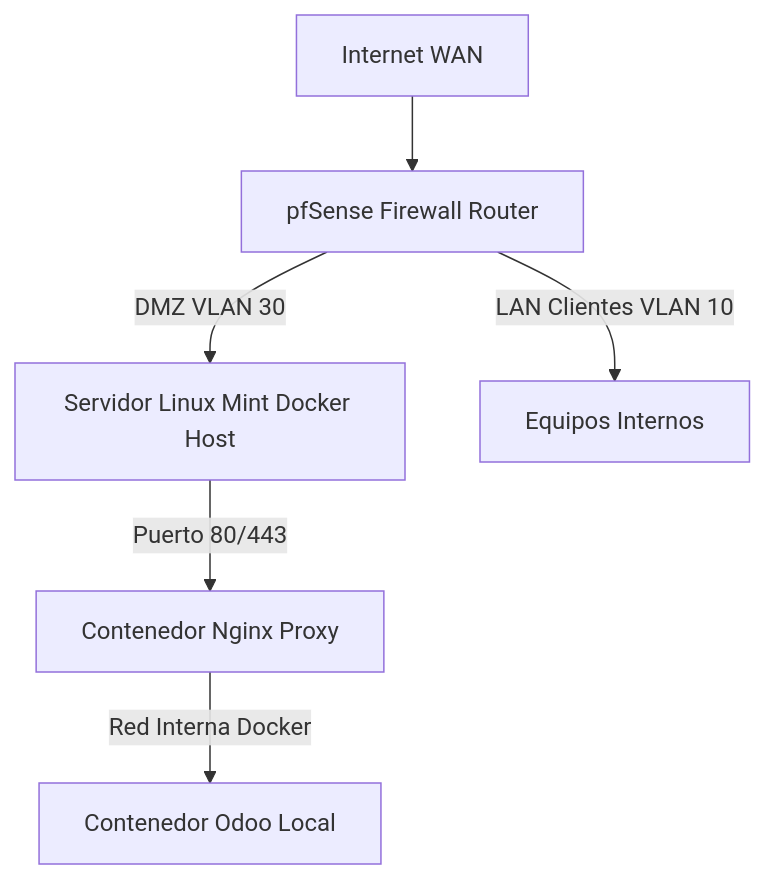
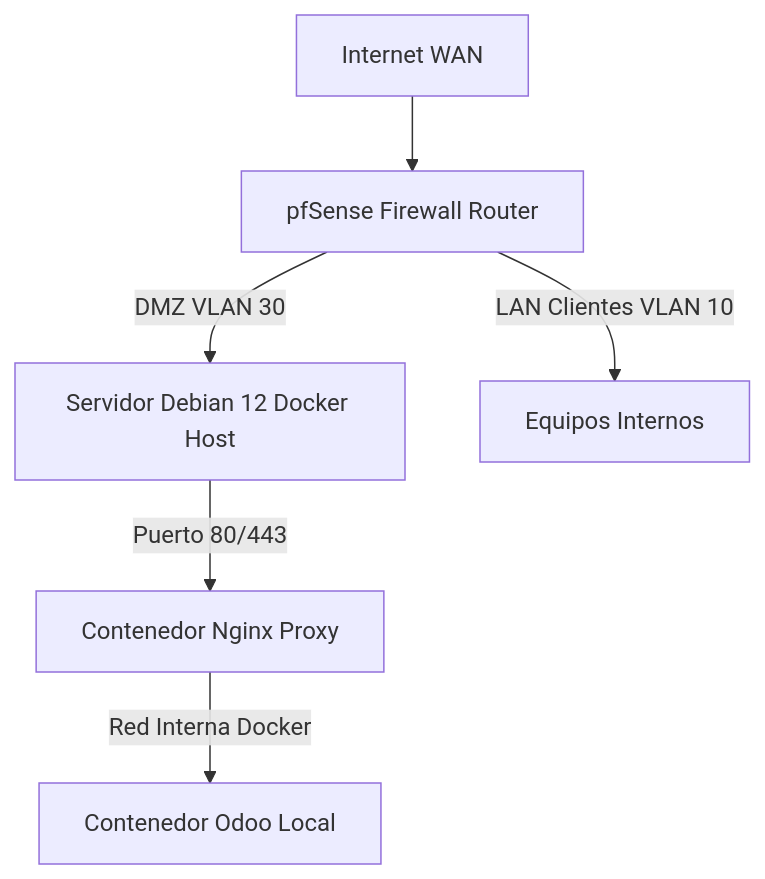
Before and after one commit to sandrafrv/TFG-Implantacion_Segura_y_Automatizada_de_Odoo: the diagram in README.md, drawn with Mermaid. The commit also changed other lines of this file and 10 other files, not shown here.

````diff
--- a/README.md
+++ b/README.md
@@ -28,8 +28,8 @@
 ```mermaid
 graph TD
     WAN[Internet WAN] --> P[pfSense Firewall Router]
-    P --> |DMZ VLAN 30| N[Servidor Linux Mint Docker Host]
+    P --> |DMZ VLAN 30| N[Servidor Debian 12 Docker Host]
     N --> |Puerto 80/443| Nginx[Contenedor Nginx Proxy]
     Nginx --> |Red Interna Docker| Docker[Contenedor Odoo Local]
     P --> |LAN Clientes VLAN 10| CLI[Equipos Internos]
 ```
````
